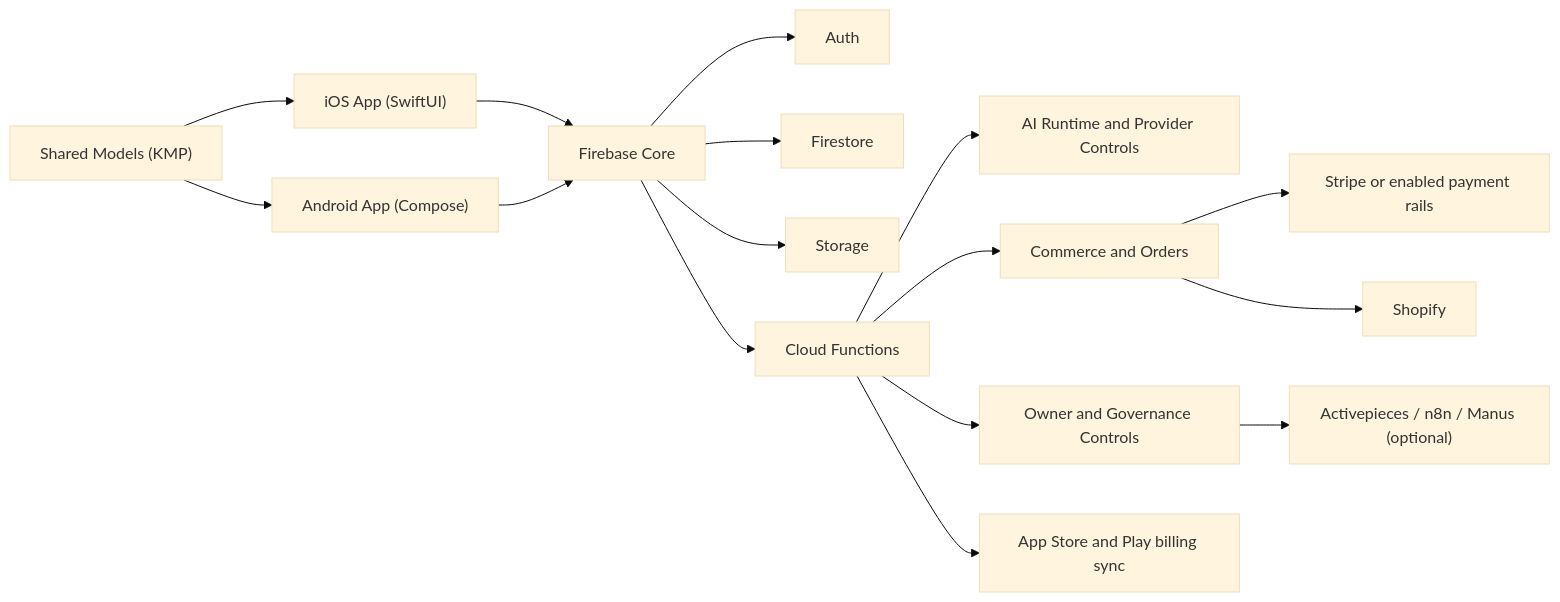
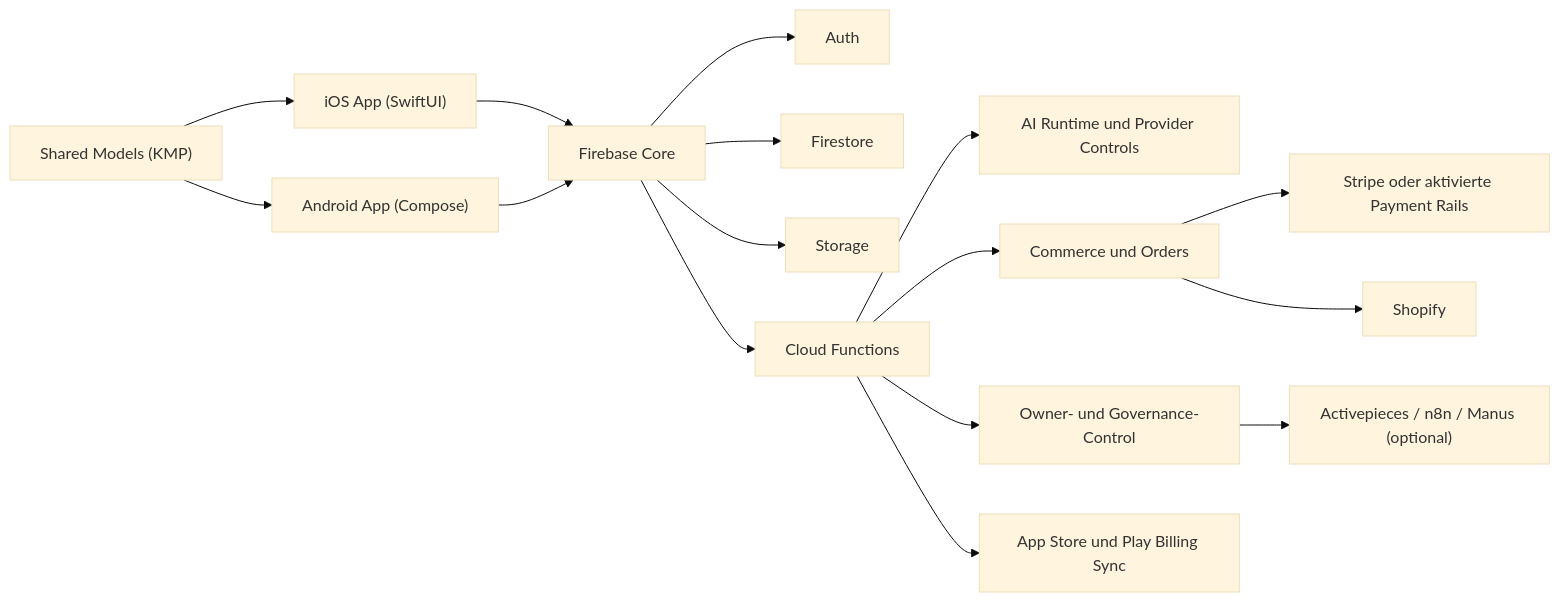
One commit to Yang-D-Nash/SkyOS-Readme-Public changed the diagram in README.md. Above: the diagram before and after it, drawn with Mermaid (base theme). The commit also changed other lines of this file, not shown here.

Commit message:
docs(app): localize readme for release baseline

````diff
--- a/README.md
+++ b/README.md
@@ -96,18 +97,18 @@
 ```mermaid
 flowchart LR
     iOS["iOS App (SwiftUI)"] --> Firebase["Firebase Core"]
     Android["Android App (Compose)"] --> Firebase
     Shared["Shared Models (KMP)"] --> iOS
     Shared --> Android
     Firebase --> Auth["Auth"]
     Firebase --> Firestore["Firestore"]
     Firebase --> Storage["Storage"]
     Firebase --> Functions["Cloud Functions"]
-    Functions --> AI["AI Runtime and Provider Controls"]
-    Functions --> Commerce["Commerce and Orders"]
-    Functions --> Ops["Owner and Governance Controls"]
-    Commerce --> Stripe["Stripe or enabled payment rails"]
+    Functions --> AI["AI Runtime und Provider Controls"]
+    Functions --> Commerce["Commerce und Orders"]
+    Functions --> Ops["Owner- und Governance-Control"]
+    Commerce --> Stripe["Stripe oder aktivierte Payment Rails"]
     Commerce --> Shopify["Shopify"]
     Ops --> External["Activepieces / n8n / Manus (optional)"]
-    Functions --> Stores["App Store and Play billing sync"]
+    Functions --> Stores["App Store und Play Billing Sync"]
 ```
````
